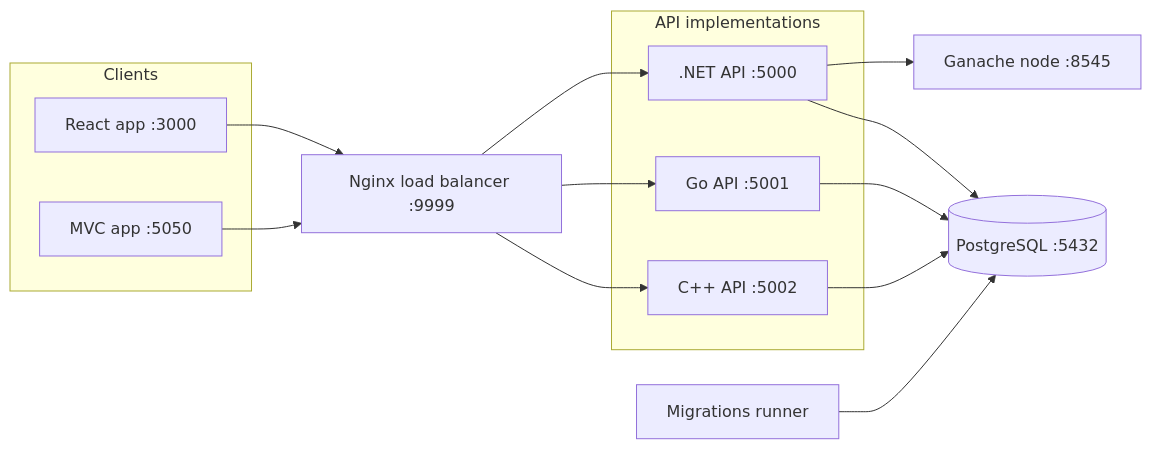
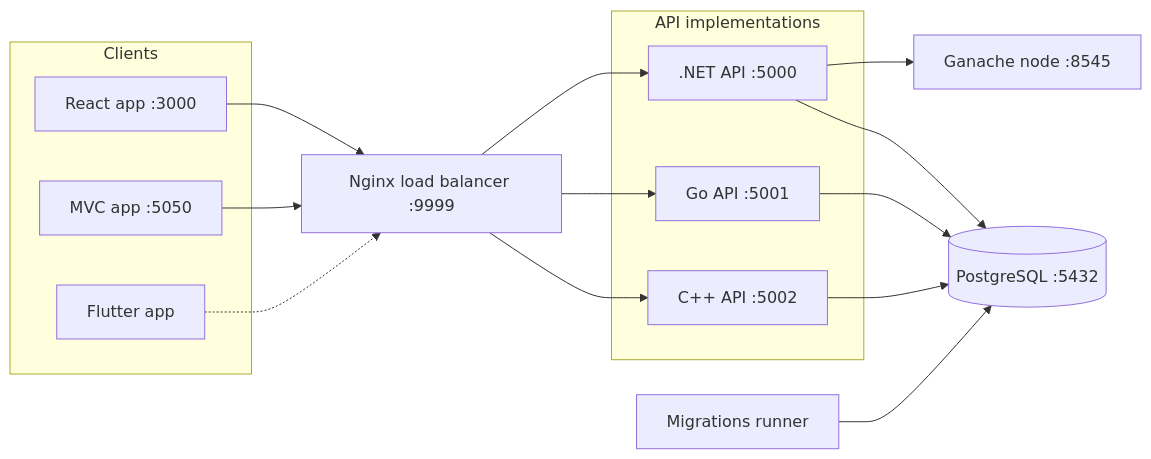
One commit to KaueReinbold/Reminders changed the diagram in README.md. Above: the diagram before and after it, drawn with Mermaid. The commit also changed other lines of this file and 3 other files, not shown here.

First line of the commit message:
docs: document Flutter app across top-level docs (#386)

````diff
--- a/README.md
+++ b/README.md
@@ -92,30 +92,32 @@
 ```mermaid
 flowchart LR
     subgraph Clients
         react[React app :3000]
         mvc[MVC app :5050]
+        flutter[Flutter app]
     end
 
     nginx[Nginx load balancer :9999]
 
     subgraph "API implementations"
         dotnet[.NET API :5000]
         goapi[Go API :5001]
         cpp[C++ API :5002]
     end
 
     migrations[Migrations runner]
     pg[(PostgreSQL :5432)]
     ganache[Ganache node :8545]
 
     react --> nginx
     mvc --> nginx
+    flutter -.-> nginx
     nginx --> dotnet
     nginx --> goapi
     nginx --> cpp
     dotnet --> pg
     goapi --> pg
     cpp --> pg
     dotnet --> ganache
     migrations --> pg
 ```
````
